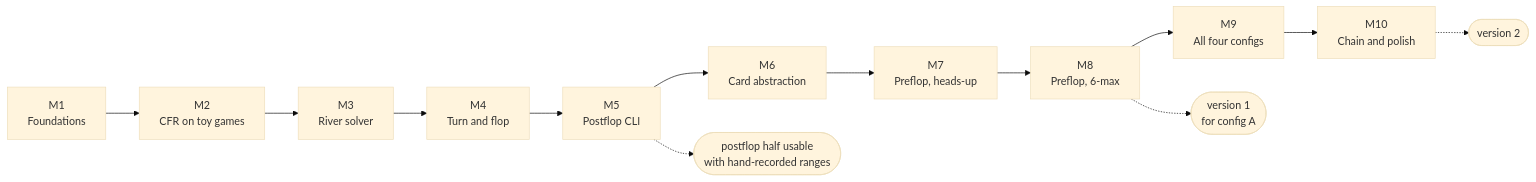
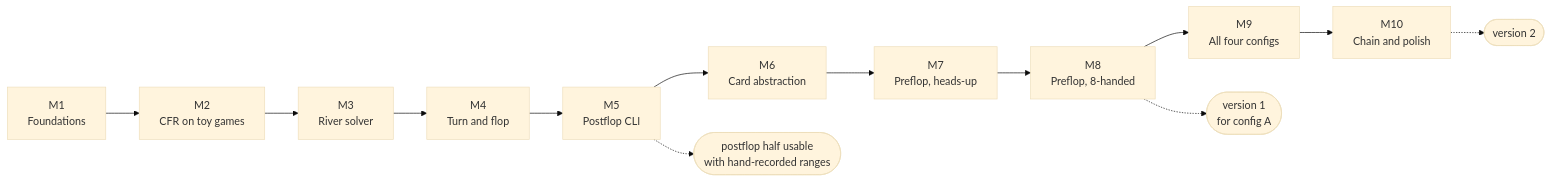
The diagram in docs/ROADMAP.md (Ollienel777/poker-solver), drawn with Mermaid (base theme) before and after one commit. The commit also changed other lines of this file and 4 other files, not shown here.

````diff
--- a/docs/ROADMAP.md
+++ b/docs/ROADMAP.md
@@ -5,8 +5,8 @@
 ```mermaid
 flowchart LR
   M1["M1<br/>Foundations"] --> M2["M2<br/>CFR on toy games"] --> M3["M3<br/>River solver"] --> M4["M4<br/>Turn and flop"] --> M5["M5<br/>Postflop CLI"]
-  M5 --> M6["M6<br/>Card abstraction"] --> M7["M7<br/>Preflop, heads-up"] --> M8["M8<br/>Preflop, 6-max"] --> M9["M9<br/>All four configs"] --> M10["M10<br/>Chain and polish"]
+  M5 --> M6["M6<br/>Card abstraction"] --> M7["M7<br/>Preflop, heads-up"] --> M8["M8<br/>Preflop, 8-handed"] --> M9["M9<br/>All four configs"] --> M10["M10<br/>Chain and polish"]
   M5 -.-> P(["postflop half usable<br/>with hand-recorded ranges"])
   M8 -.-> V1(["version 1<br/>for config A"])
   M10 -.-> V2(["version 2"])
 ```
````
